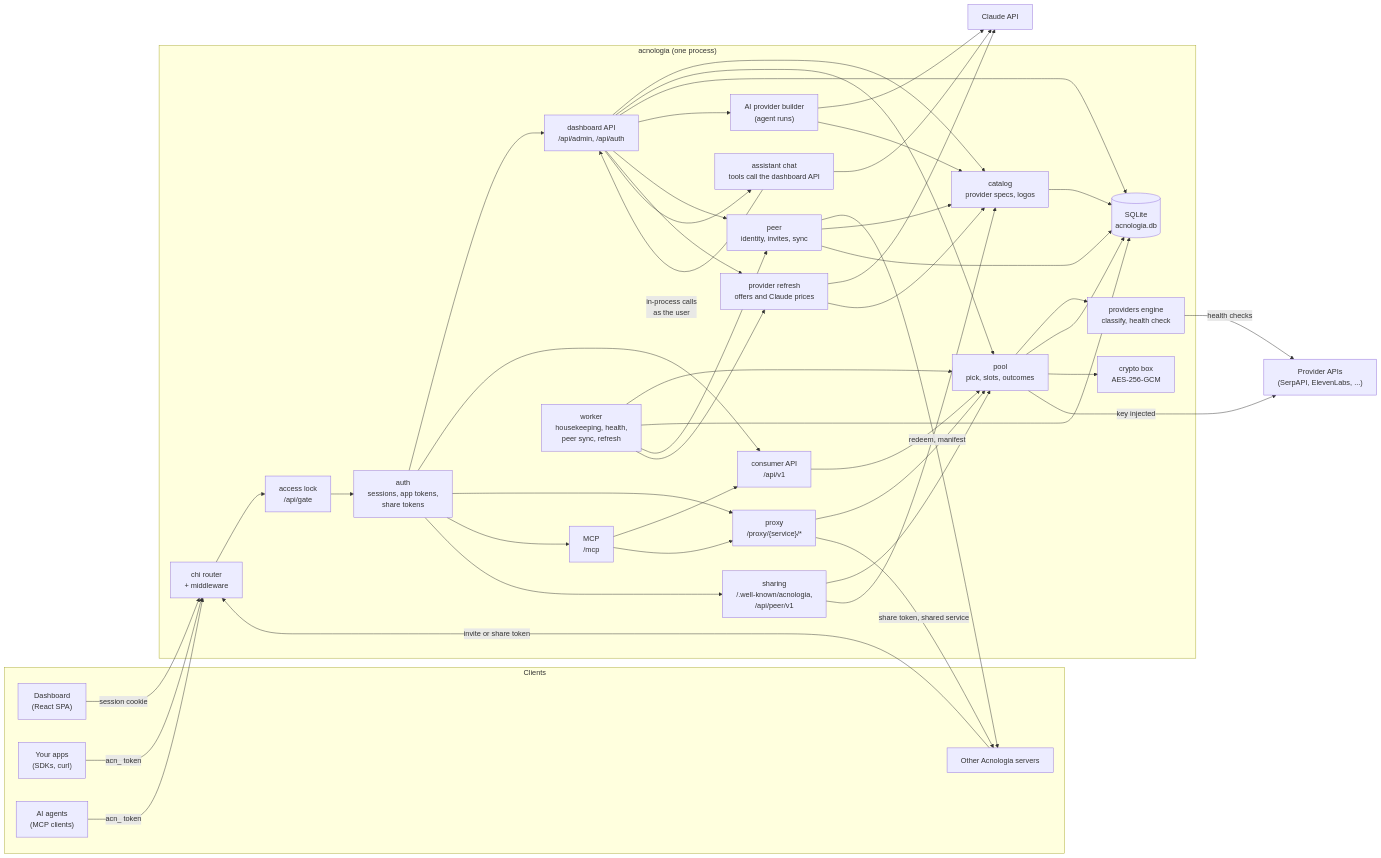
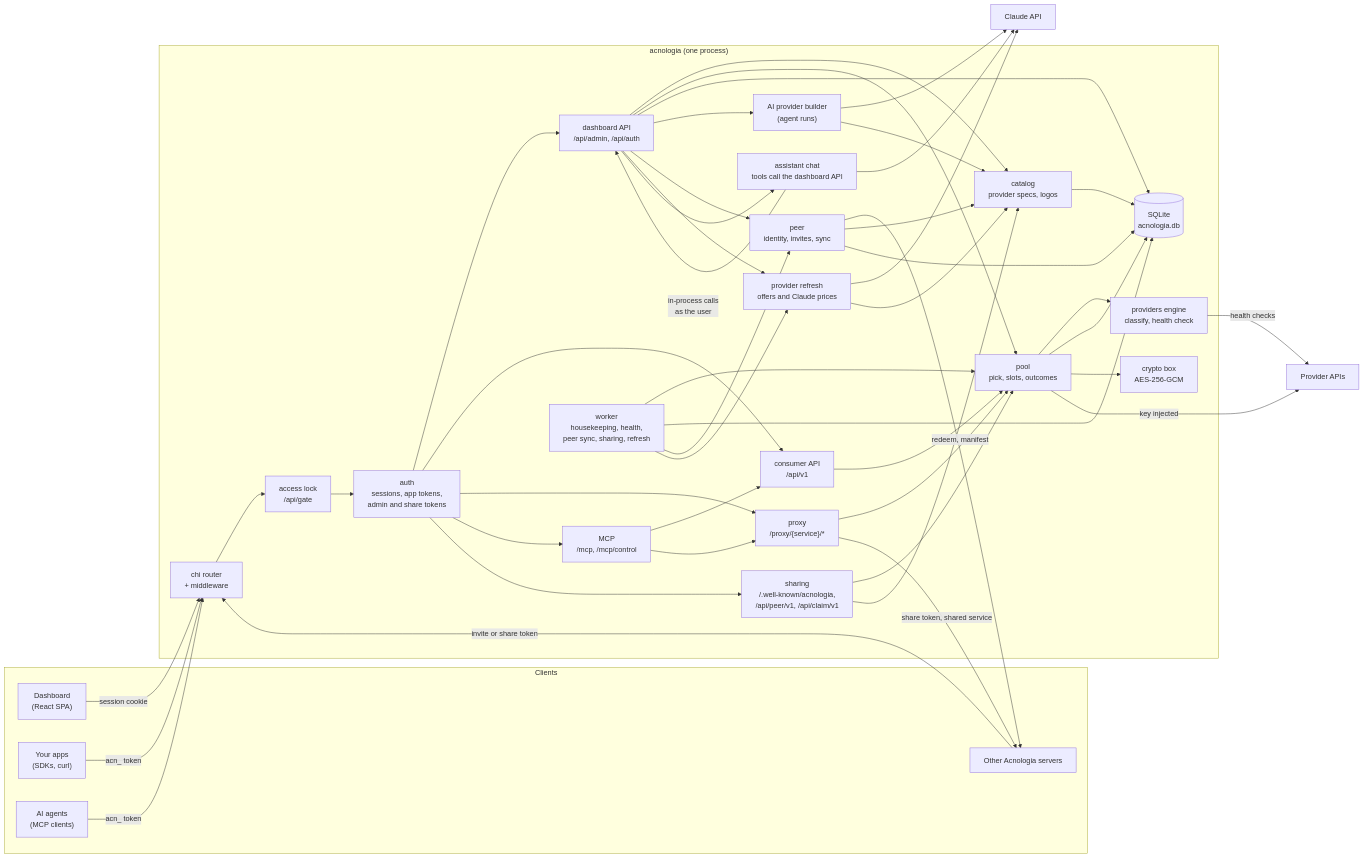
One commit to sidharthpunathil/acnologia changed the first of 6 diagrams in docs/architecture.md. Above: the diagram before and after it, drawn with Mermaid. The commit also changed other lines of this file and 34 other files, not shown here.

````diff
--- a/docs/architecture.md
+++ b/docs/architecture.md
@@ -8,63 +8,63 @@
 ```mermaid
 flowchart LR
     subgraph Clients
         UI["Dashboard<br/>(React SPA)"]
         App["Your apps<br/>(SDKs, curl)"]
         Agent["AI agents<br/>(MCP clients)"]
         Peer["Other Acnologia servers"]
     end
 
     subgraph Acnologia["acnologia (one process)"]
         Router["chi router<br/>+ middleware"]
         Gate["access lock<br/>/api/gate"]
-        Auth["auth<br/>sessions, app tokens,<br/>share tokens"]
+        Auth["auth<br/>sessions, app tokens,<br/>admin and share tokens"]
         Admin["dashboard API<br/>/api/admin, /api/auth"]
         Consumer["consumer API<br/>/api/v1"]
         Proxy["proxy<br/>/proxy/{service}/*"]
-        MCP["MCP<br/>/mcp"]
-        PeerAPI["sharing<br/>/.well-known/acnologia,<br/>/api/peer/v1"]
+        MCP["MCP<br/>/mcp, /mcp/control"]
+        PeerAPI["sharing<br/>/.well-known/acnologia,<br/>/api/peer/v1, /api/claim/v1"]
         PeerPkg["peer<br/>identity, invites, sync"]
         Pool["pool<br/>pick, slots, outcomes"]
         Engine["providers engine<br/>classify, health check"]
         Catalog["catalog<br/>provider specs, logos"]
         AIB["AI provider builder<br/>(agent runs)"]
         Chat["assistant chat<br/>tools call the dashboard API"]
         Refresh["provider refresh<br/>offers and Claude prices"]
-        Worker["worker<br/>housekeeping, health,<br/>peer sync, refresh"]
+        Worker["worker<br/>housekeeping, health,<br/>peer sync, sharing, refresh"]
         Store[("SQLite<br/>acnologia.db")]
         Box["crypto box<br/>AES-256-GCM"]
     end
 
-    Upstream["Provider APIs<br/>(SerpAPI, ElevenLabs, ...)"]
+    Upstream["Provider APIs"]
     Claude["Claude API"]
 
     UI -->|session cookie| Router
     App -->|acn_ token| Router
     Agent -->|acn_ token| Router
     Peer -->|"invite or share token"| Router
     Router --> Gate
     Gate --> Auth
     Auth --> Admin & Consumer & Proxy & MCP & PeerAPI
     Admin --> Catalog & Pool & Store & AIB
     Consumer --> Pool
     Proxy --> Pool
     MCP --> Consumer & Proxy
     Pool --> Engine & Store & Box
     Pool -->|key injected| Upstream
     Proxy -->|"share token, shared service"| Peer
     PeerAPI --> Pool & Catalog
     Admin --> PeerPkg
     PeerPkg -->|"redeem, manifest"| Peer
     PeerPkg --> Catalog & Store
     Engine -->|health checks| Upstream
     Worker --> Pool & Store & PeerPkg & Refresh
     Admin --> Refresh
     Refresh --> Claude
     Refresh --> Catalog
     AIB --> Claude
     Admin --> Chat
     Chat -->|"in-process calls<br/>as the user"| Admin
     Chat --> Claude
     AIB --> Catalog
     Catalog --> Store
 ```
````
